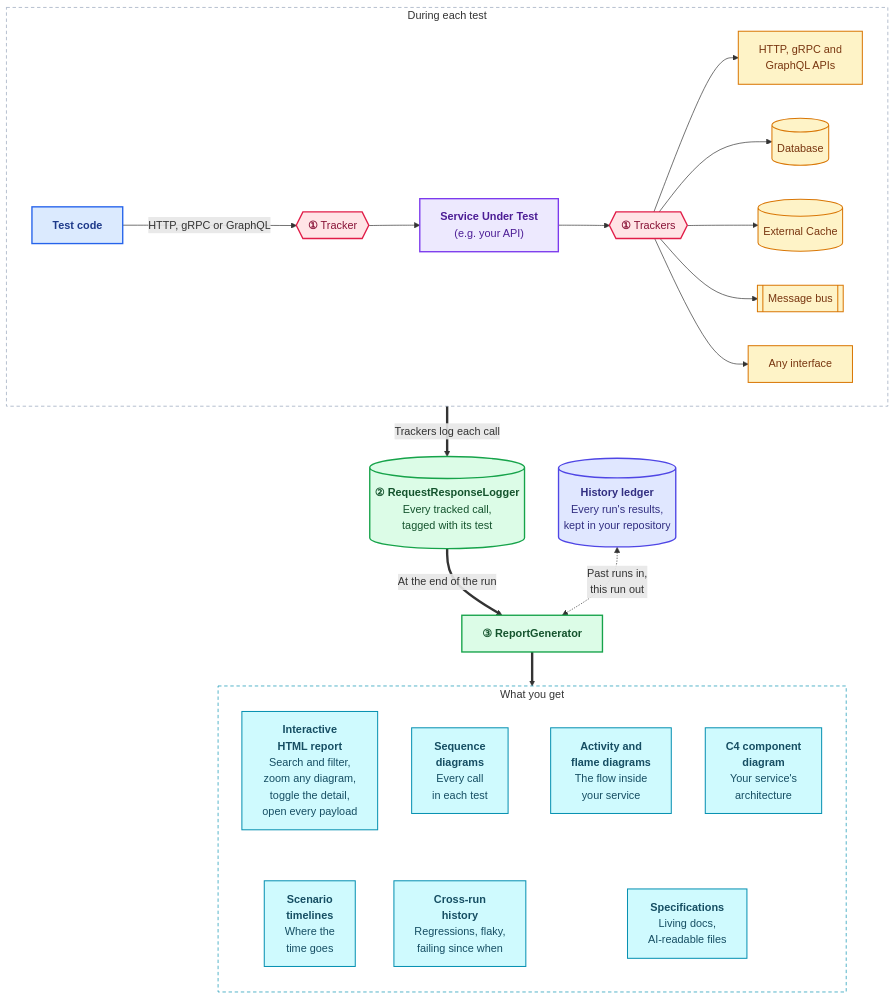
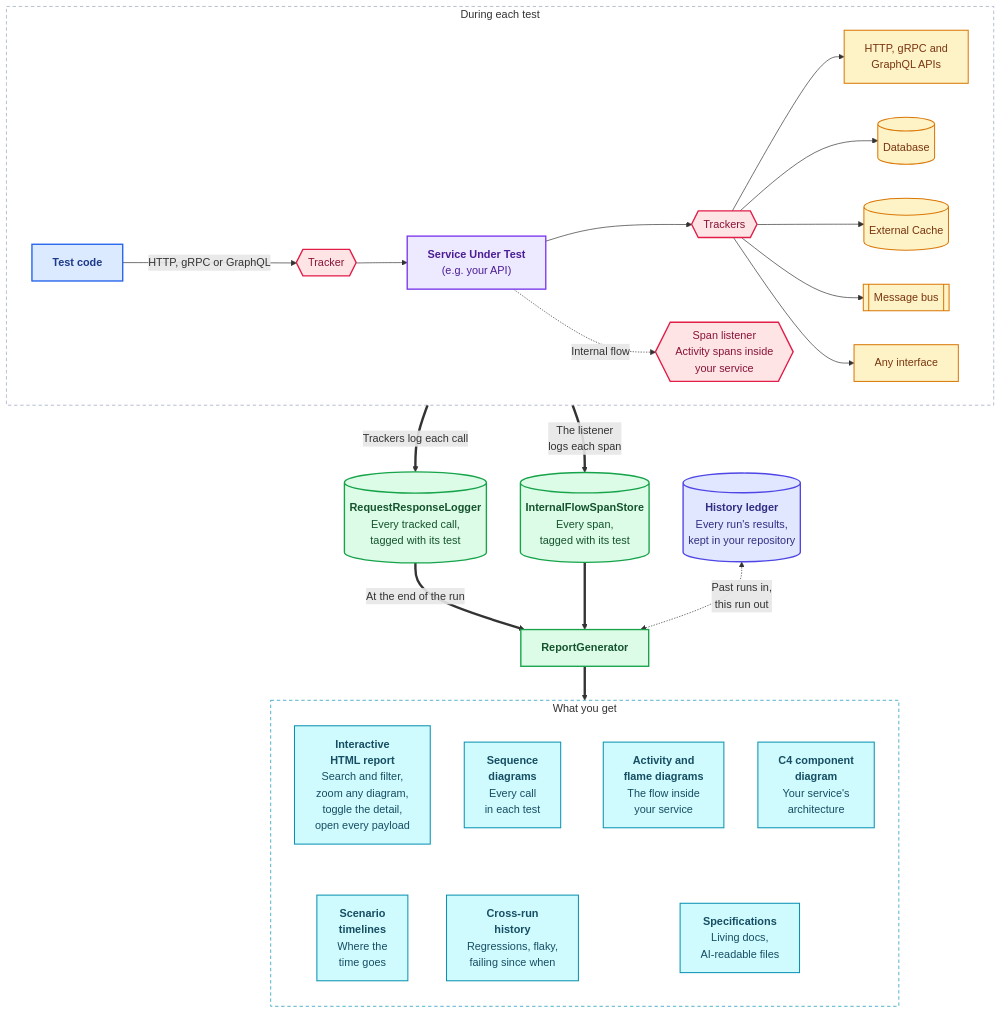
Before and after one commit to lemonlion/Kronikol: the diagram in README.md, drawn with Mermaid.

Commit message:
Docs (no bump): README's How It Works diagram draws internal flow tracking. A span listener inside the Service Under Test (InternalFlowActivityListener) keeps the Activity spans the service emits in InternalFlowSpanStore, beside RequestResponseLogger, and ReportGenerator reads both, which is where the activity and flame diagrams come from. The step numbers are dropped, since the numbered steps they matched are no longer under the diagram

````diff
--- a/README.md
+++ b/README.md
@@ -58,60 +58,65 @@
 ```mermaid
 %%{init: {"flowchart": {"wrappingWidth": 320}}}%%
 flowchart TB
     subgraph during["During each test"]
         direction LR
         test["<b>Test code</b>"]
-        t1{{"<b>①</b> Tracker"}}
+        t1{{"Tracker"}}
         sut["<b>Service Under Test</b><br/>(e.g. your API)"]
-        t2{{"<b>①</b> Trackers"}}
+        t2{{"Trackers"}}
         http["HTTP, gRPC and<br/>GraphQL APIs"]
         db[("Database")]
         cache[("External Cache")]
         bus[["Message bus"]]
         any["Any interface"]
+        spans{{"Span listener<br/>Activity spans inside<br/>your service"}}
         test -->|HTTP, gRPC or GraphQL| t1 --> sut --> t2
         t2 --> http & db & cache & bus & any
+        sut -.->|Internal flow| spans
     end
 
-    logger[("<b>② RequestResponseLogger</b><br/>Every tracked call,<br/>tagged with its test")]
-    report["<b>③ ReportGenerator</b>"]
+    logger[("<b>RequestResponseLogger</b><br/>Every tracked call,<br/>tagged with its test")]
+    spanstore[("<b>InternalFlowSpanStore</b><br/>Every span,<br/>tagged with its test")]
+    report["<b>ReportGenerator</b>"]
     ledger[("<b>History ledger</b><br/>Every run's results,<br/>kept in your repository")]
 
     subgraph outputs["What you get"]
         direction TB
         html["<b>Interactive<br/>HTML report</b><br/>Search and filter,<br/>zoom any diagram,<br/>toggle the detail,<br/>open every payload"]
         seq["<b>Sequence<br/>diagrams</b><br/>Every call<br/>in each test"]
         act["<b>Activity and<br/>flame diagrams</b><br/>The flow inside<br/>your service"]
         c4["<b>C4 component<br/>diagram</b><br/>Your service's<br/>architecture"]
         timeline["<b>Scenario<br/>timelines</b><br/>Where the<br/>time goes"]
         specs["<b>Specifications</b><br/>Living docs,<br/>AI-readable files"]
         history["<b>Cross-run<br/>history</b><br/>Regressions, flaky,<br/>failing since when"]
         html ~~~ timeline
         seq ~~~ history
         act ~~~ specs
         c4 ~~~ specs
     end
 
     during ==>|Trackers log each call| logger
+    during ==>|The listener<br/>logs each span| spanstore
     logger ==>|At the end of the run| report
+    spanstore ==> report
     report ==> outputs
     ledger <-.->|Past runs in,<br/>this run out| report
 
     class test caller
     class sut system
     class http,db,cache,bus,any dep
-    class t1,t2 tracker
-    class logger,report stage
+    class t1,t2,spans tracker
+    class logger,spanstore,report stage
     class ledger store
     class html,seq,act,c4,timeline,specs,history out
     style during fill:transparent,stroke:#94a3b8,stroke-dasharray:5 4
     style outputs fill:transparent,stroke:#0891b2,stroke-dasharray:5 4
 
     classDef caller fill:#dbeafe,stroke:#2563eb,stroke-width:2px,color:#1e3a8a
     classDef system fill:#ede9fe,stroke:#7c3aed,stroke-width:2px,color:#4c1d95
     classDef dep fill:#fef3c7,stroke:#d97706,stroke-width:1.5px,color:#78350f
     classDef tracker fill:#ffe4e6,stroke:#e11d48,stroke-width:2px,color:#881337
     classDef stage fill:#dcfce7,stroke:#16a34a,stroke-width:2px,color:#14532d
     classDef out fill:#cffafe,stroke:#0891b2,stroke-width:1.5px,color:#164e63
     classDef store fill:#e0e7ff,stroke:#4f46e5,stroke-width:2px,color:#312e81
 ```
````
